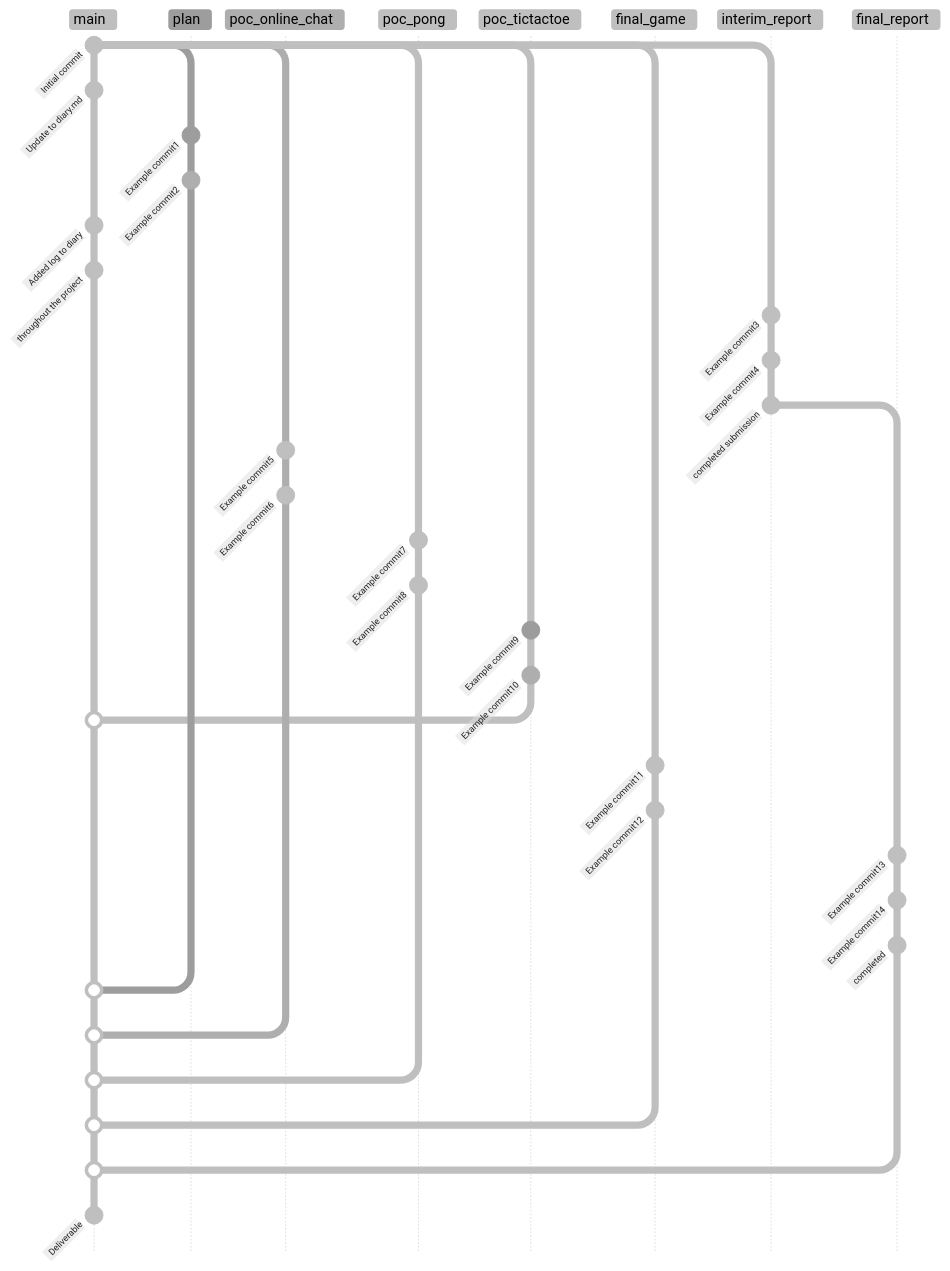
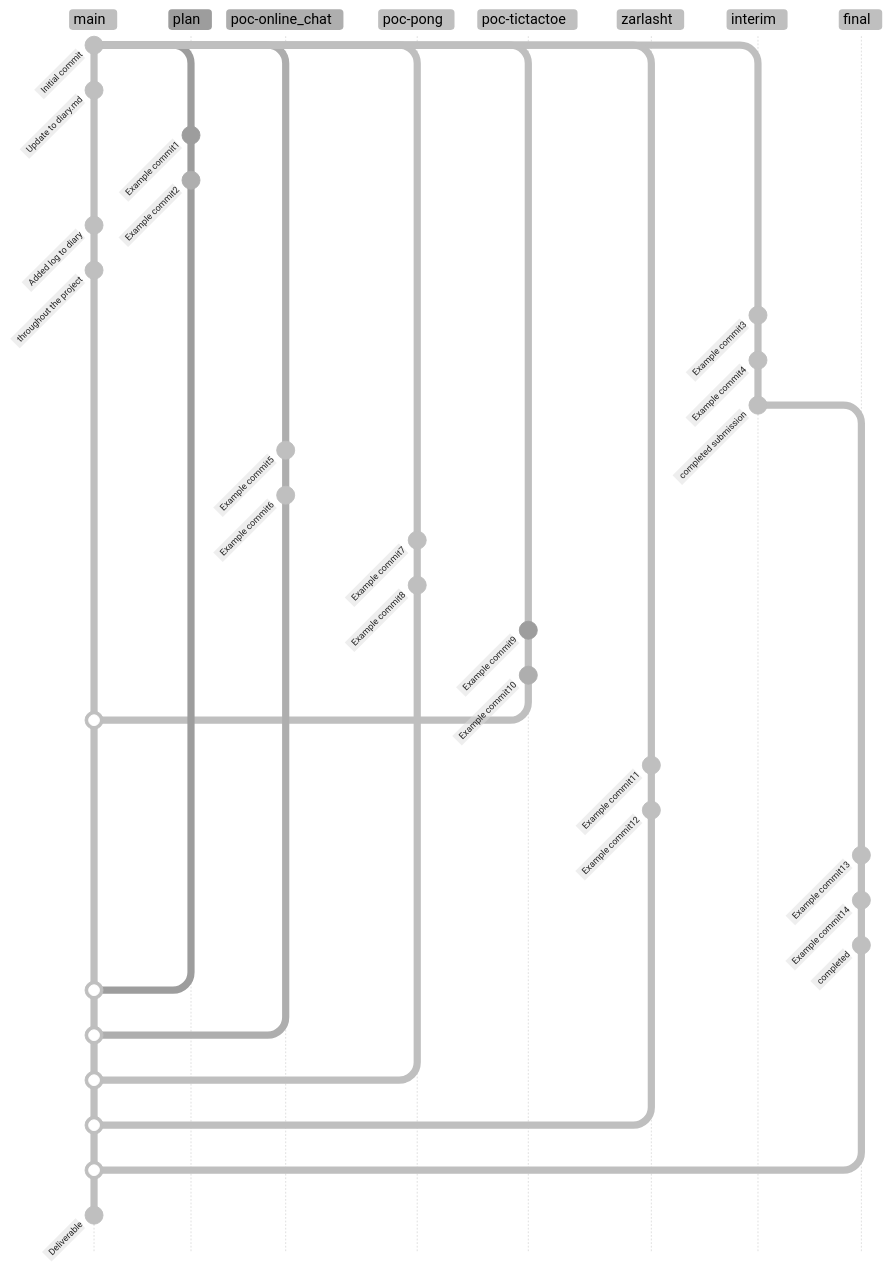
One commit to Faeq-F/Zarlasht changed the diagram in README.md. Above: the diagram before and after it, drawn with Mermaid. The commit also changed other lines of this file and 35 other files, not shown here.

````diff
--- a/README.md
+++ b/README.md
@@ -50,67 +58,67 @@
 ```mermaid
 %%{
     init: {
          'logLevel': 'debug',
           'theme': 'base',
           'themeVariables': {
             'primaryColor': '#fff',
             'primaryTextColor': '#000',
             'primaryBorderColor': '#eee',
             'lineColor': '#ddd',
             'secondaryColor': '#ddd',
             'tertiaryColor': '#eee'
             },
            'gitGraph': {
             'showBranches': true,
             'showCommitLabel':true,
             'mainBranchName': 'main'
         }
     }
 }%%
 gitGraph TB:
     commit id:"Initial commit"
     branch plan
-    branch poc_online_chat
-    branch poc_pong
-    branch poc_tictactoe
-    branch final_game
-    branch interim_report
+    branch poc-online_chat
+    branch poc-pong
+    branch poc-tictactoe
+    branch zarlasht
+    branch interim
     checkout main
     commit id:"Update to diary.md"
     checkout plan
     commit id:"Example commit1"
     commit id:"Example commit2"
     checkout main
     commit id:"Added log to diary"
     commit id:"throughout the project"
-    checkout interim_report
+    checkout interim
     commit id:"Example commit3"
     commit id:"Example commit4"
     commit id:"completed submission"
-    branch final_report
-    checkout poc_online_chat
+    branch final
+    checkout poc-online_chat
     commit id:"Example commit5"
     commit id:"Example commit6"
-    checkout poc_pong
+    checkout poc-pong
     commit id:"Example commit7"
     commit id:"Example commit8"
-    checkout poc_tictactoe
+    checkout poc-tictactoe
     commit id:"Example commit9"
     commit id:"Example commit10"
     checkout main
-    merge poc_tictactoe
-    checkout final_game
+    merge poc-tictactoe
+    checkout zarlasht
     commit id:"Example commit11"
     commit id:"Example commit12"
-    checkout final_report
+    checkout final
     commit id:"Example commit13"
     commit id:"Example commit14"
     commit id:"completed"
     checkout main
     merge plan
-    merge poc_online_chat
-    merge poc_pong
-    merge final_game
-    merge final_report
+    merge poc-online_chat
+    merge poc-pong
+    merge zarlasht
+    merge final
     commit id:"Deliverable"
 ```
````
